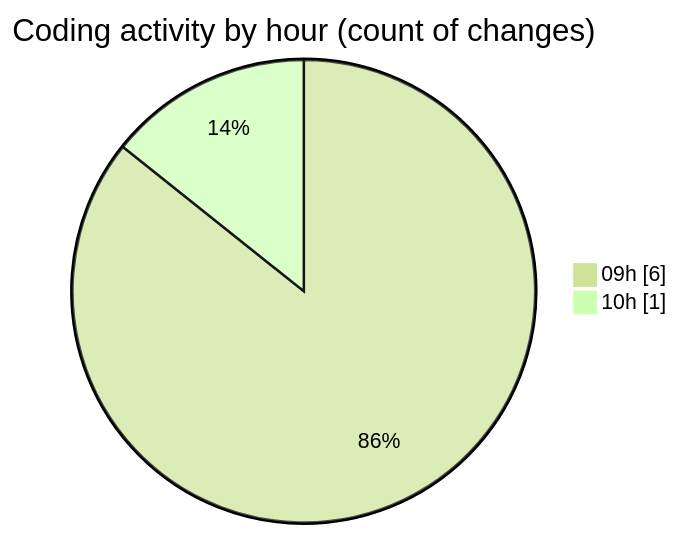
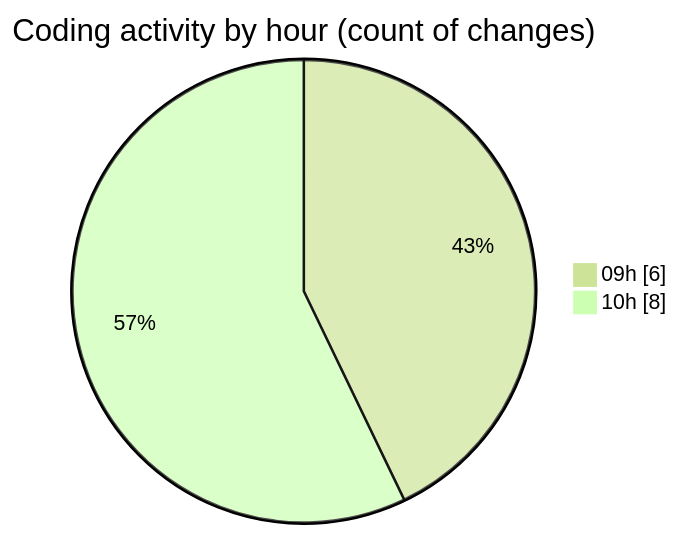
The second of 2 diagrams in 2025-03-27/cda/README.md (momahboobian/code-tracking), drawn with Mermaid (forest theme) before and after one commit. The commit also changed other lines of this file and 1 other file, not shown here.

````diff
--- a/2025-03-27/cda/README.md
+++ b/2025-03-27/cda/README.md
@@ -28,6 +28,6 @@
 ```mermaid
 pie showData
 title Coding activity by hour (count of changes)
 "09h" : 6
-"10h" : 1
+"10h" : 8
 ```
````
